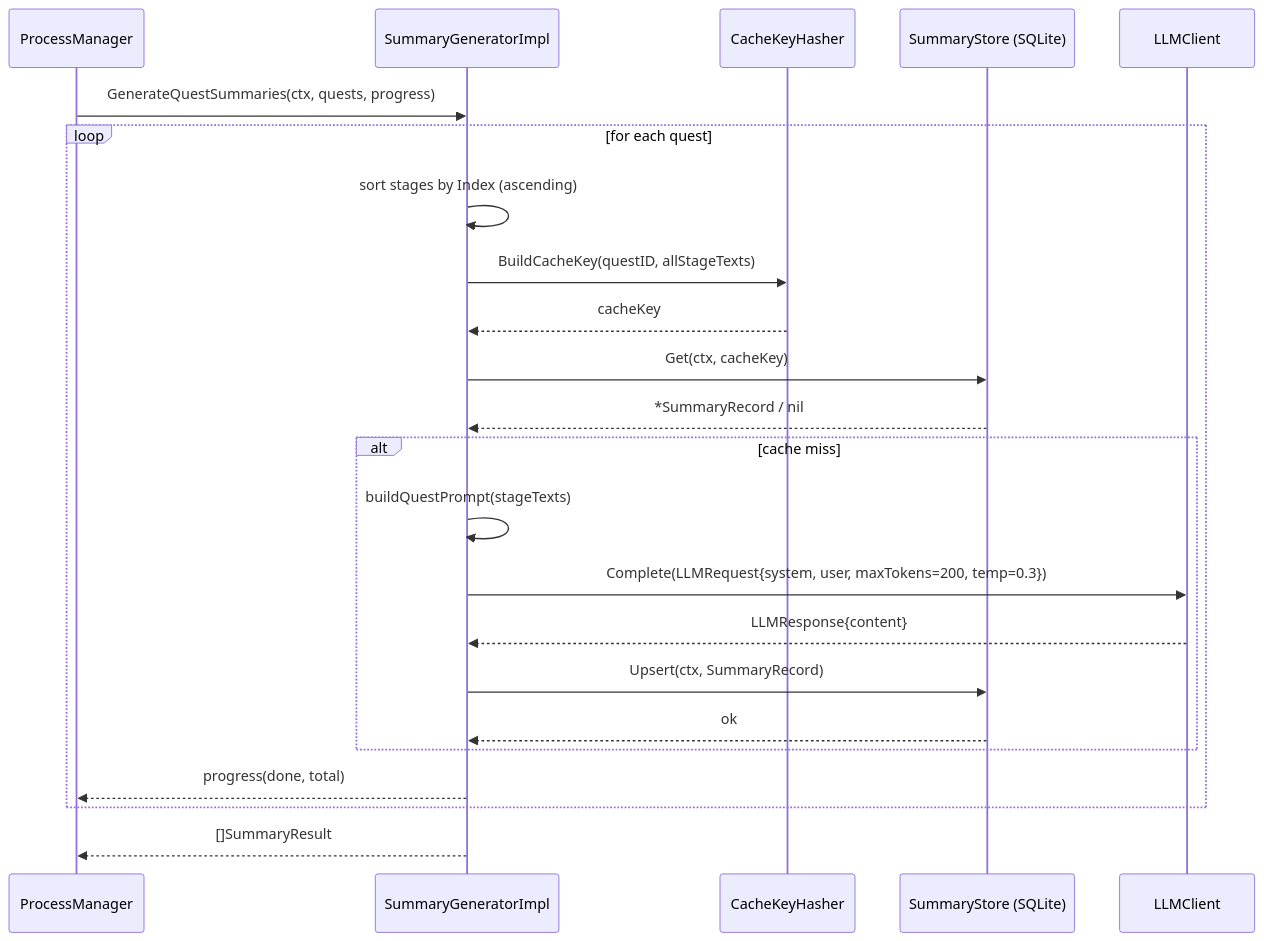
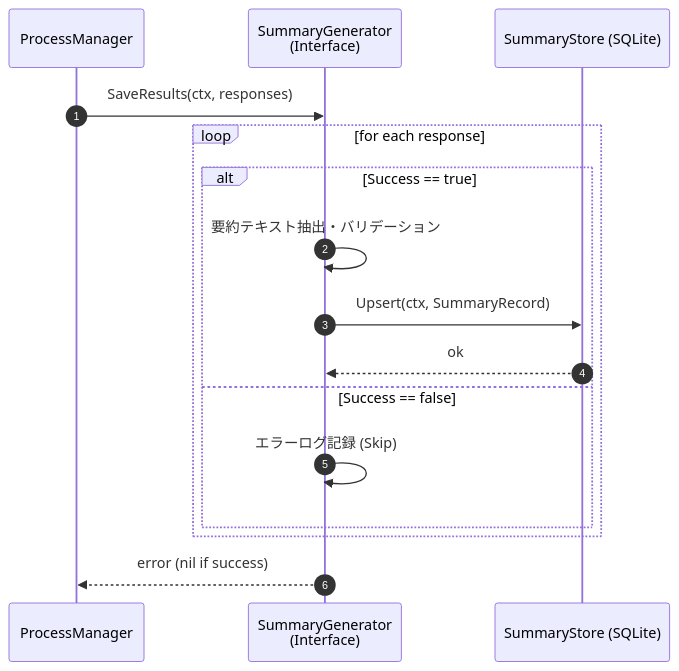
Before and after one commit to ishibata91/ai-translation-engine-2: the second of 3 diagrams in specs/SummaryGeneratorSlice/summary_generator_sequence_diagram.md, drawn with Mermaid. The commit also changed other lines of this file and 5 other files, not shown here.

````diff
--- a/specs/SummaryGeneratorSlice/summary_generator_sequence_diagram.md
+++ b/specs/SummaryGeneratorSlice/summary_generator_sequence_diagram.md
@@ -57,32 +39,21 @@
 ```mermaid
 sequenceDiagram
+    autonumber
     participant PM as ProcessManager
-    participant SG as SummaryGeneratorImpl
-    participant CK as CacheKeyHasher
+    participant SG as SummaryGenerator<br/>(Interface)
     participant SS as SummaryStore (SQLite)
-    participant LLM as LLMClient
 
-    PM->>SG: GenerateQuestSummaries(ctx, quests, progress)
+    PM->>SG: SaveResults(ctx, responses)
 
-    loop for each quest
-        SG->>SG: sort stages by Index (ascending)
-
-        SG->>CK: BuildCacheKey(questID, allStageTexts)
-        CK-->>SG: cacheKey
-
-        SG->>SS: Get(ctx, cacheKey)
-        SS-->>SG: *SummaryRecord / nil
-
-        alt cache miss
-            SG->>SG: buildQuestPrompt(stageTexts)
-            SG->>LLM: Complete(LLMRequest{system, user, maxTokens=200, temp=0.3})
-            LLM-->>SG: LLMResponse{content}
+    loop for each response
+        alt Success == true
+            SG->>SG: 要約テキスト抽出・バリデーション
             SG->>SS: Upsert(ctx, SummaryRecord)
             SS-->>SG: ok
+        else Success == false
+            SG->>SG: エラーログ記録 (Skip)
         end
-
-        SG-->>PM: progress(done, total)
     end
 
-    SG-->>PM: []SummaryResult
+    SG-->>PM: error (nil if success)
 ```
````
